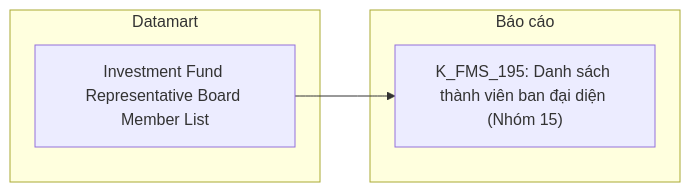
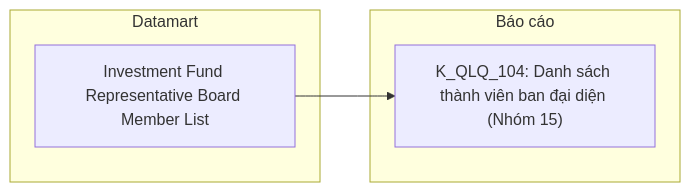
Before and after one commit to linhlvit/ubck_atomic_design: diagram 24 of 37 in Datamart/hld/DTM_QLQ_HLD.md, drawn with Mermaid. The commit also changed other lines of this file and 5 other files, not shown here.

````diff
--- a/Datamart/hld/DTM_QLQ_HLD.md
+++ b/Datamart/hld/DTM_QLQ_HLD.md
@@ -1010,10 +1010,10 @@
 ```mermaid
 flowchart LR
     subgraph GOLD["Datamart"]
         G1["Investment Fund Representative Board Member List"]
     end
     subgraph RPT["Báo cáo"]
-        R1["K_FMS_195: Danh sách thành viên ban đại diện (Nhóm 15)"]
+        R1["K_QLQ_104: Danh sách thành viên ban đại diện (Nhóm 15)"]
     end
     G1 --> R1
 ```
````
